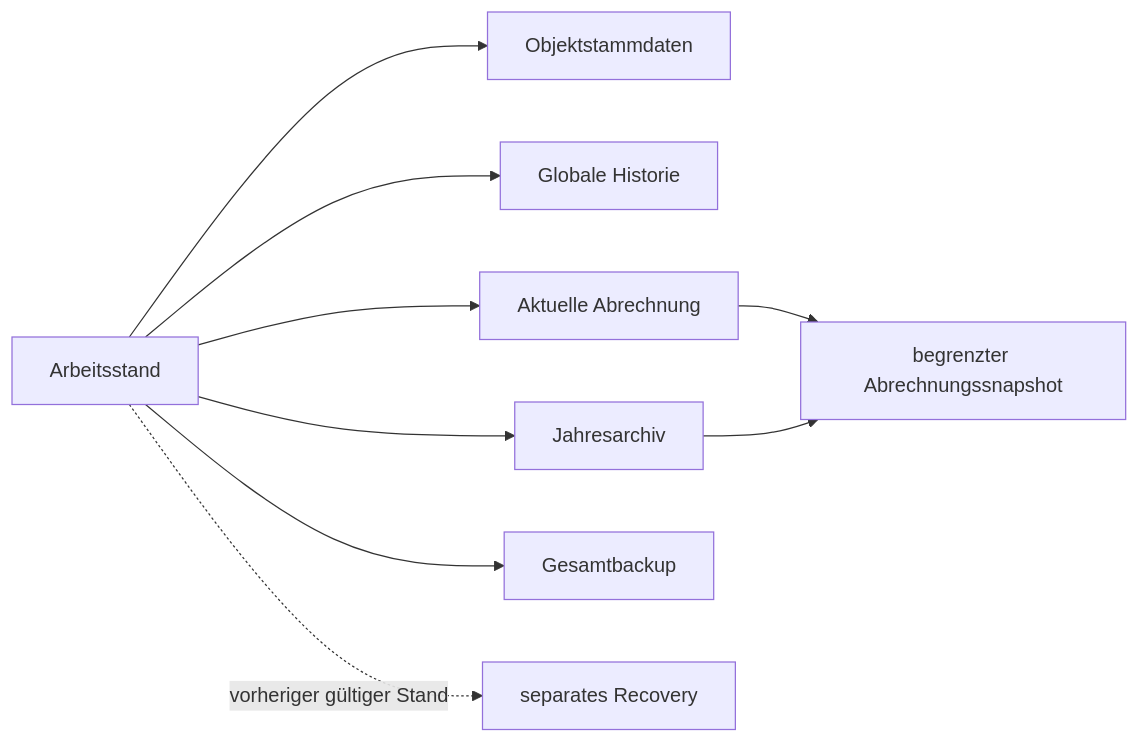
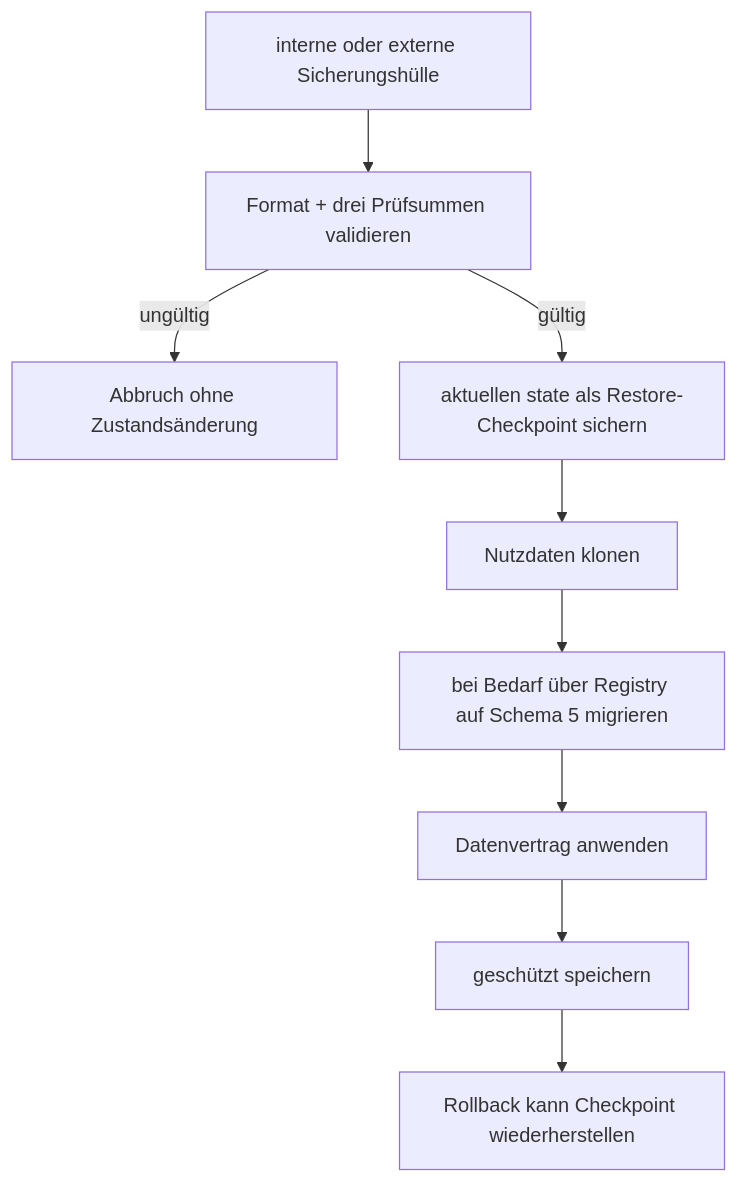
One commit to cz100000/NK-Pro changed the third of 3 diagrams in ARCHITECTURE.md. Above: the diagram before and after it, drawn with Mermaid. The commit also changed other lines of this file and 80 other files, not shown here.

Commit message:
NK-Pro_V99_4_4_Migrations_Sicherung_Restore_Rollback_Fundament

````diff
--- a/ARCHITECTURE.md
+++ b/ARCHITECTURE.md
@@ -93,11 +122,11 @@
 ```mermaid
-flowchart LR
-  WS[Arbeitsstand] --> MD[Objektstammdaten]
-  WS --> GH[Globale Historie]
-  WS --> CB[Aktuelle Abrechnung]
-  WS --> AR[Jahresarchiv]
-  CB --> BS[begrenzter Abrechnungssnapshot]
-  AR --> BS
-  WS --> FB[Gesamtbackup]
-  WS -. vorheriger gültiger Stand .-> RC[separates Recovery]
+flowchart TD
+  E[interne oder externe Sicherungshülle] --> V[Format + drei Prüfsummen validieren]
+  V -->|ungültig| A[Abbruch ohne Zustandsänderung]
+  V -->|gültig| C[aktuellen state als Restore-Checkpoint sichern]
+  C --> R[Nutzdaten klonen]
+  R --> M[bei Bedarf über Registry auf Schema 5 migrieren]
+  M --> D[Datenvertrag anwenden]
+  D --> P[geschützt speichern]
+  P --> RB[Rollback kann Checkpoint wiederherstellen]
 ```
````
